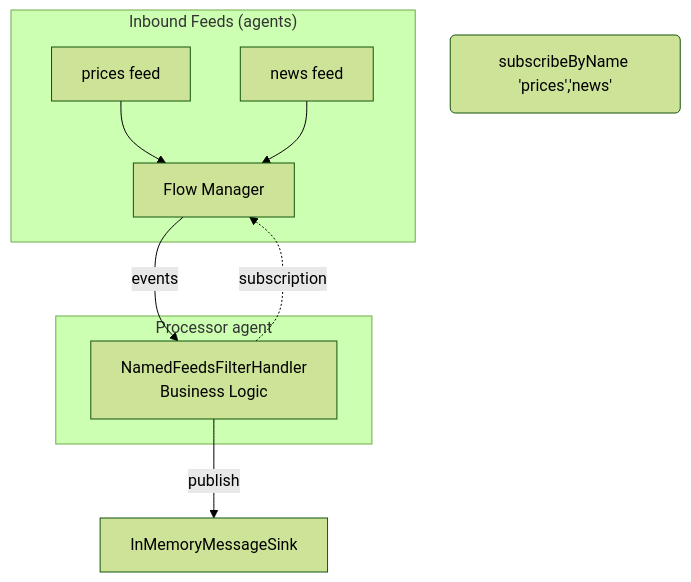
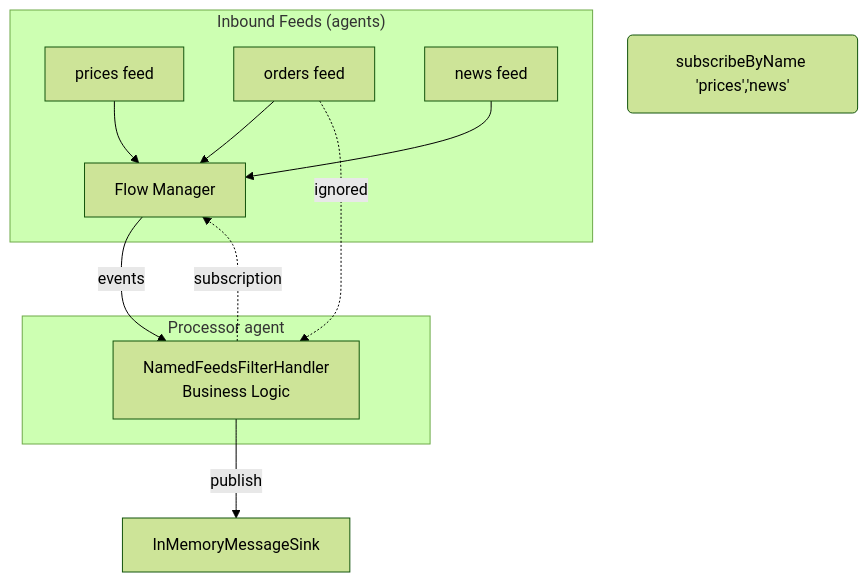
The diagram in docs/guide/five-minute-event-handler-tutorial.md (telaminai/mongoose), drawn with Mermaid (forest theme) before and after one commit. The commit also changed other lines of this file, not shown here.

First line of the commit message:
Add third event feed and update five-minute tutorial

````diff
--- a/docs/guide/five-minute-event-handler-tutorial.md
+++ b/docs/guide/five-minute-event-handler-tutorial.md
@@ -21,25 +23,27 @@
 ```mermaid
 graph TD
     subgraph "Inbound Feeds (agents)"
         P[prices feed] --> FM[Flow Manager]
+        O[orders feed] --> FM
         N[news feed] --> FM
     end
 
     subgraph "Processor agent"
         FM -- events --> H[NamedFeedsFilterHandler 
         Business Logic]
     end
 
     H -- publish --> S[InMemoryMessageSink]
 
     %% Styling (optional)
 
 
-    class P,N feed;
+    class P,O,N feed;
     class H proc;
     class S sink;
 
     %% Notes
     note1( subscribeByName 'prices','news' )
     H -. subscription .-> FM
+    O -. ignored .-> H
 ```
````
